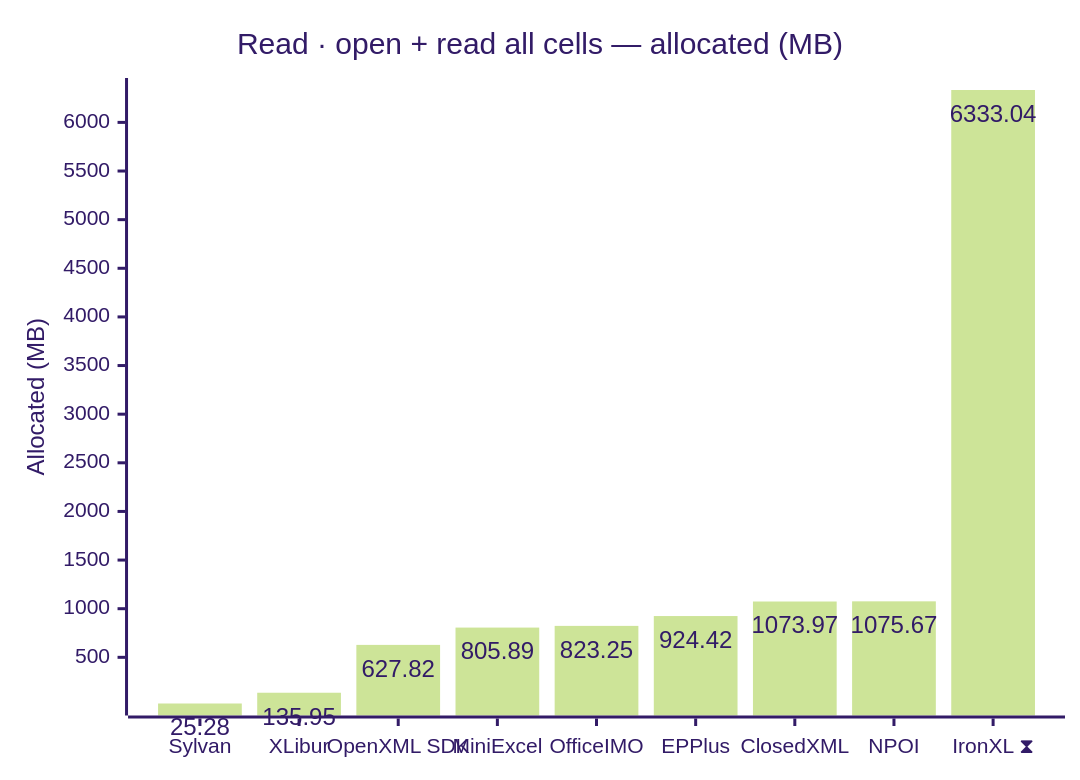
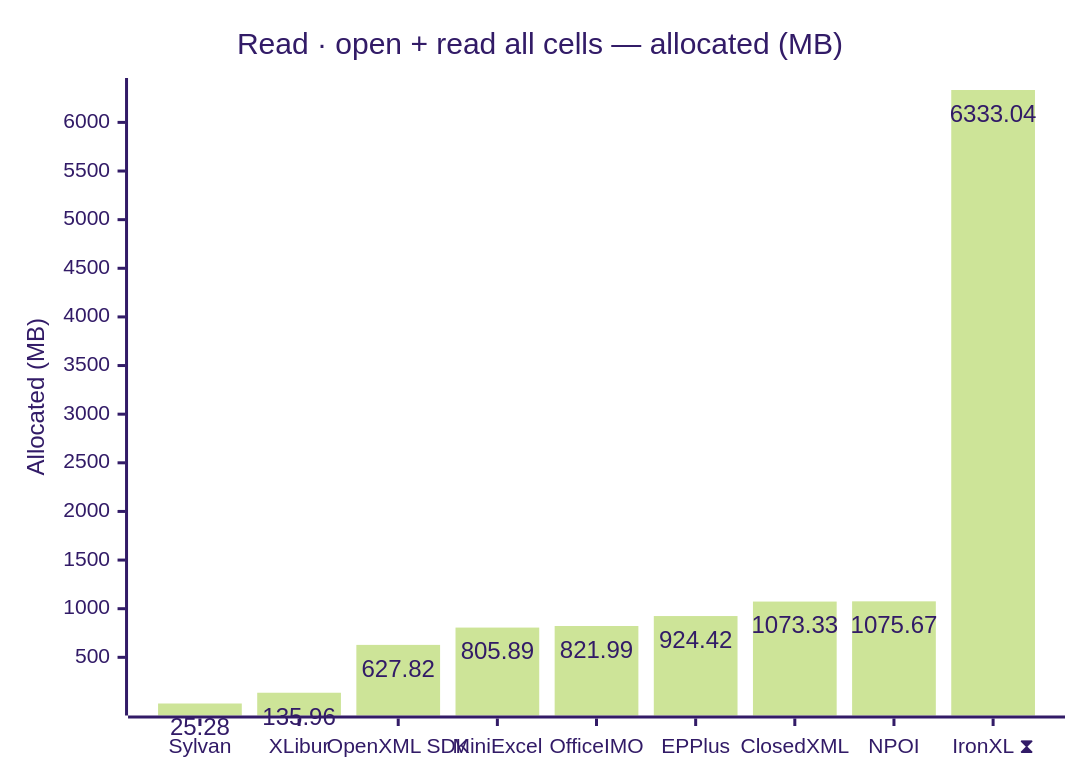
One commit to jafin/XLBench changed the fourth of 12 diagrams in docs/results-ci.md. Above: the diagram before and after it, drawn with Mermaid (forest theme). The commit also changed other lines of this file, not shown here.

````diff
--- a/docs/results-ci.md
+++ b/docs/results-ci.md
@@ -82,12 +82,12 @@
 ```mermaid
 ---
 config:
   xyChart:
     showDataLabel: true
 ---
 xychart-beta
     title "Read · open + read all cells — allocated (MB)"
     x-axis ["Sylvan", "XLibur", "OpenXML SDK", "MiniExcel", "OfficeIMO", "EPPlus", "ClosedXML", "NPOI", "IronXL ⧗"]
     y-axis "Allocated (MB)"
-    bar [25.28, 135.95, 627.82, 805.89, 823.25, 924.42, 1073.97, 1075.67, 6333.04]
+    bar [25.28, 135.96, 627.82, 805.89, 821.99, 924.42, 1073.33, 1075.67, 6333.04]
 ```
````
